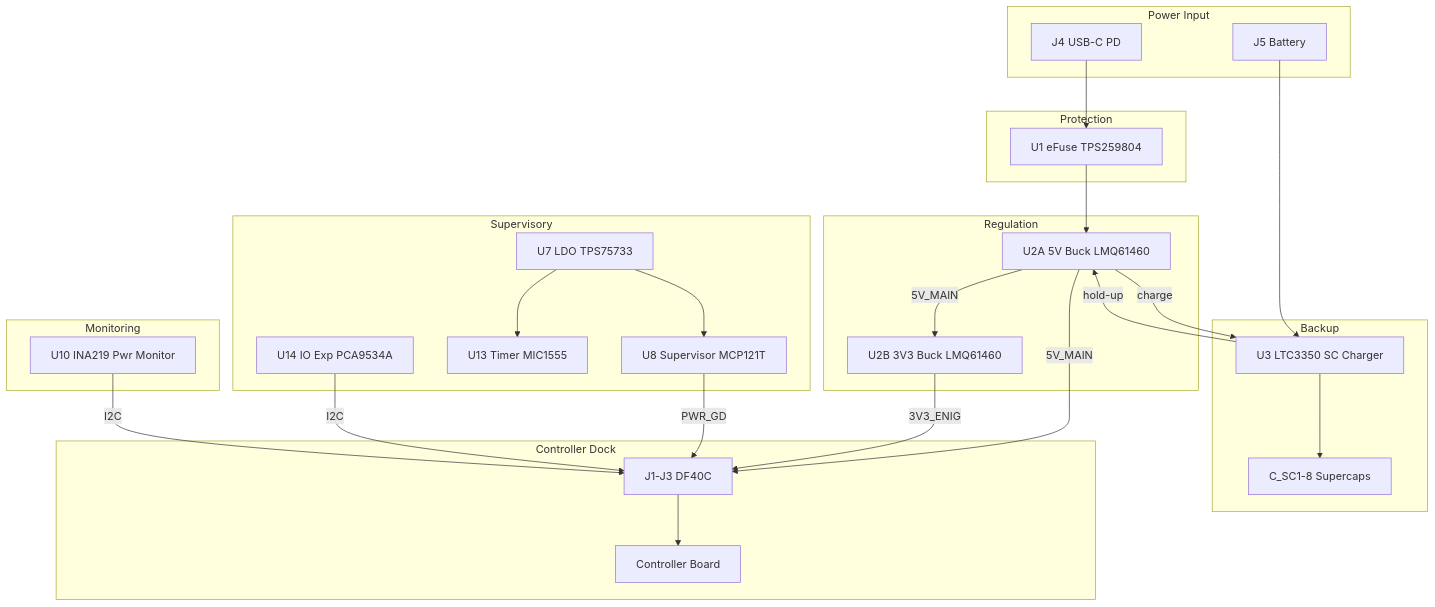
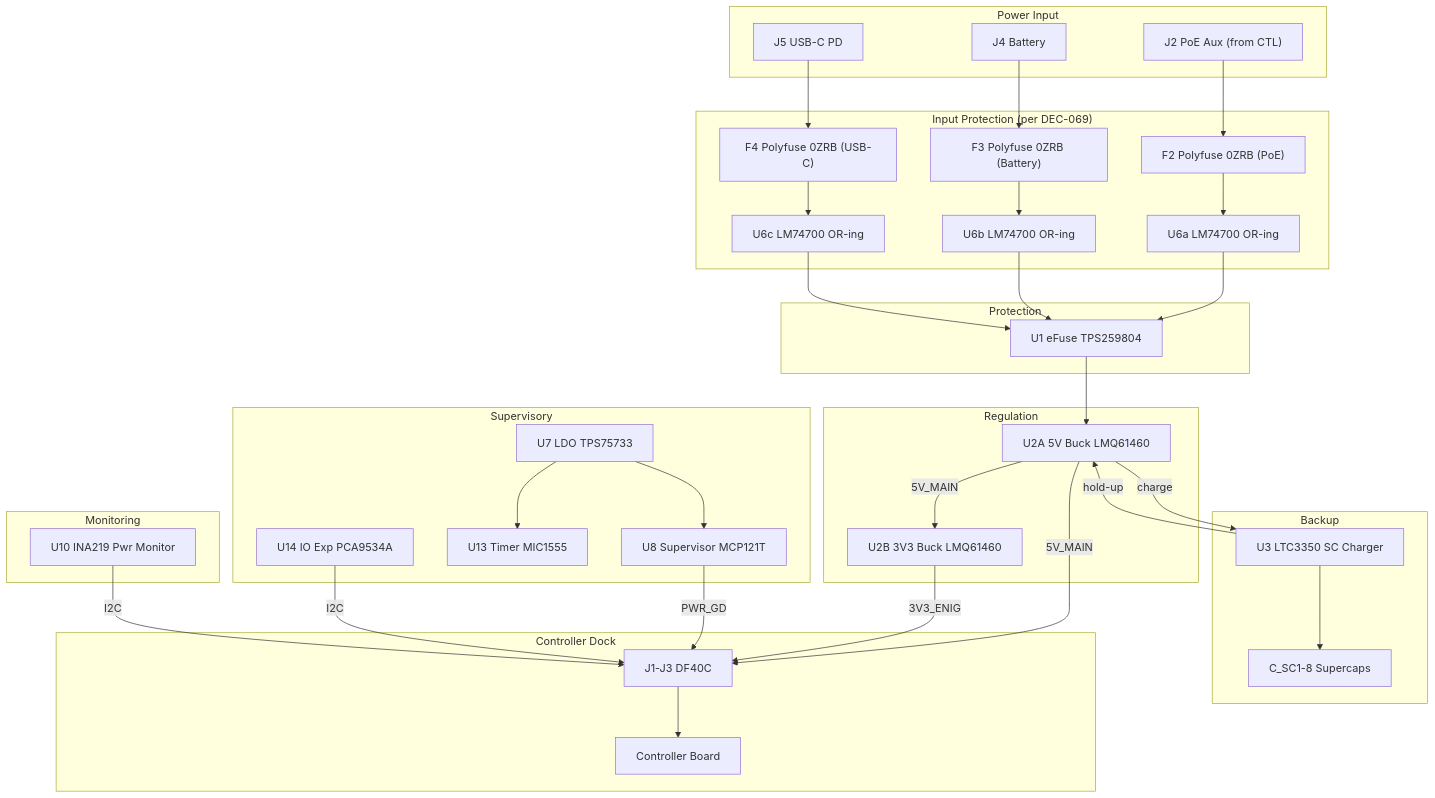
The diagram in design/Electronics/Power_Module/Design_Spec.md (thepinkmile/Enigma-2026-AI), drawn with Mermaid before and after one commit. The commit also changed other lines of this file and 19 other files, not shown here.

First line of the commit message:
PM per-input polyfuse protection + UVLO recalculation (DEC-068, DEC-069)

````diff
--- a/design/Electronics/Power_Module/Design_Spec.md
+++ b/design/Electronics/Power_Module/Design_Spec.md
@@ -71,53 +75,65 @@
 ```mermaid
 flowchart TD
   subgraph PowerInput["Power Input"]
-    J4["J4 USB-C PD"]
-    J5["J5 Battery"]
+    J2["J2 PoE Aux (from CTL)"]
+    J4["J4 Battery"]
+    J5["J5 USB-C PD"]
+  end
+
+  subgraph InputProtection["Input Protection (per DEC-069)"]
+    F2["F2 Polyfuse 0ZRB (PoE)"]
+    F3["F3 Polyfuse 0ZRB (Battery)"]
+    F4["F4 Polyfuse 0ZRB (USB-C)"]
+    U6a["U6a LM74700 OR-ing"]
+    U6b["U6b LM74700 OR-ing"]
+    U6c["U6c LM74700 OR-ing"]
   end
 
   subgraph Protection["Protection"]
     U1["U1 eFuse TPS259804"]
   end
 
   subgraph Regulation["Regulation"]
     U2A["U2A 5V Buck LMQ61460"]
     U2B["U2B 3V3 Buck LMQ61460"]
   end
 
   subgraph Backup["Backup"]
     U3["U3 LTC3350 SC Charger"]
     CSC["C_SC1-8 Supercaps"]
   end
 
   subgraph Supervisory["Supervisory"]
     U7["U7 LDO TPS75733"]
     U8["U8 Supervisor MCP121T"]
     U13["U13 Timer MIC1555"]
     U14["U14 IO Exp PCA9534A"]
   end
 
   subgraph Monitoring["Monitoring"]
     U10["U10 INA219 Pwr Monitor"]
   end
 
   subgraph Dock["Controller Dock"]
     J1J3["J1-J3 DF40C"]
     CTRL["Controller Board"]
   end
 
-  J4 --> U1
-  J5 --> U3
+  J2 --> F2 --> U6a
+  J4 --> F3 --> U6b
+  J5 --> F4 --> U6c
+  U6a & U6b & U6c --> U1
   U1 --> U2A
   U2A -- "5V_MAIN" --> U2B
   U2A -- "charge" --> U3
   U3 -- "hold-up" --> U2A
   U3 --> CSC
   U2A -- "5V_MAIN" --> J1J3
   U2B -- "3V3_ENIG" --> J1J3
   U7 --> U8
   U7 --> U13
   U8 -- "PWR_GD" --> J1J3
   U14 -- "I2C" --> J1J3
   U10 -- "I2C" --> J1J3
   J1J3 --> CTRL
 ```
````
